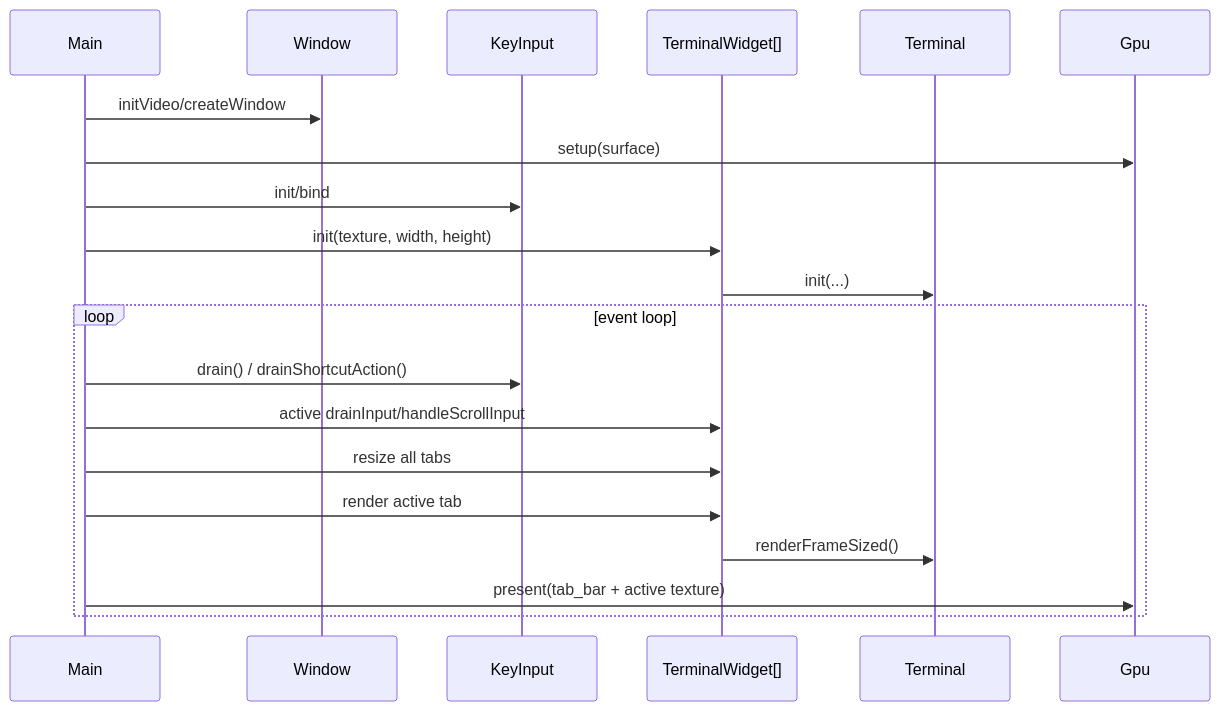
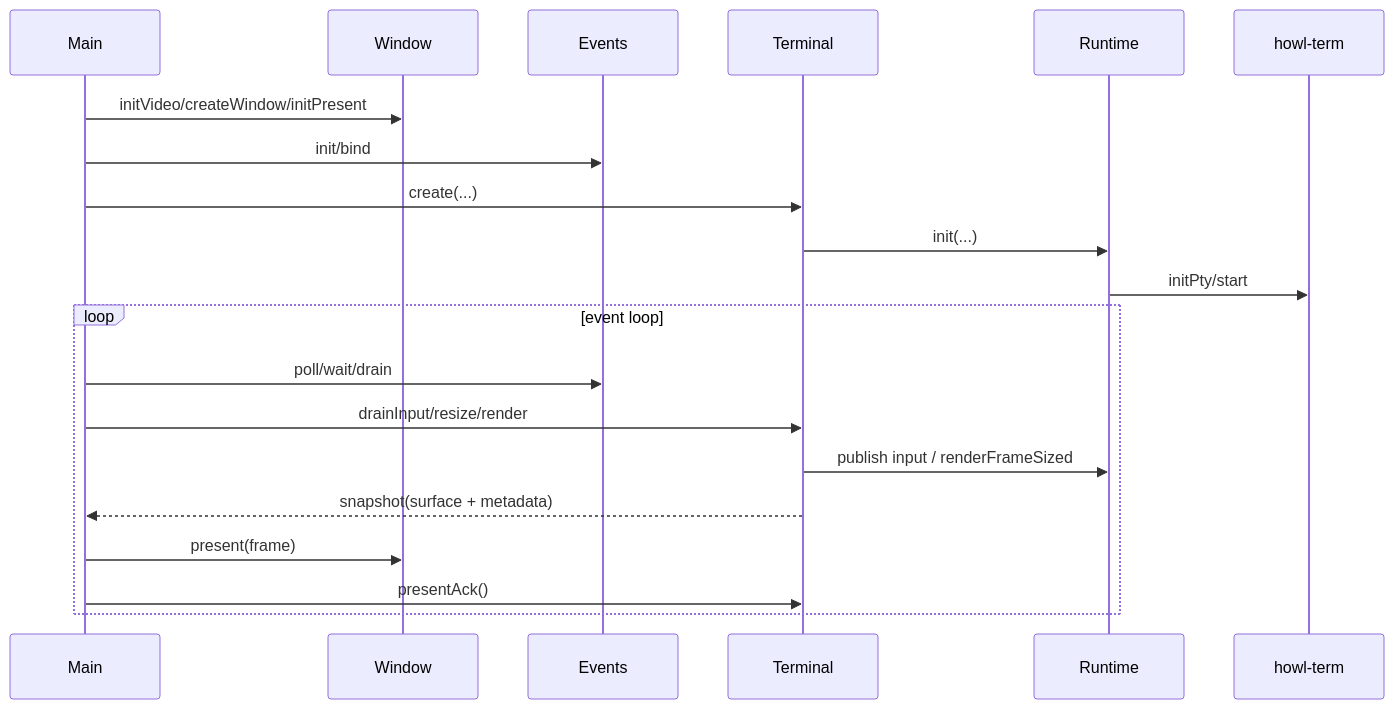
One commit to LaurenceGuws/howl-linux-host changed the third of 3 diagrams in design.md. Above: the diagram before and after it, drawn with Mermaid. The commit also changed other lines of this file and 22 other files, not shown here.

````diff
--- a/design.md
+++ b/design.md
@@ -56,23 +61,23 @@
 ```mermaid
 sequenceDiagram
     participant Main
     participant W as Window
-    participant K as KeyInput
-    participant T as TerminalWidget[]
-    participant H as Terminal
-    participant G as Gpu
+    participant E as Events
+    participant T as Terminal
+    participant R as Runtime
+    participant C as howl-term
 
-    Main->>W: initVideo/createWindow
-    Main->>G: setup(surface)
-    Main->>K: init/bind
-    Main->>T: init(texture, width, height)
-    T->>H: init(...)
+    Main->>W: initVideo/createWindow/initPresent
+    Main->>E: init/bind
+    Main->>T: create(...)
+    T->>R: init(...)
+    R->>C: initPty/start
     loop event loop
-        Main->>K: drain() / drainShortcutAction()
-        Main->>T: active drainInput/handleScrollInput
-        Main->>T: resize all tabs
-        Main->>T: render active tab
-        T->>H: renderFrameSized()
-        Main->>G: present(tab_bar + active texture)
+        Main->>E: poll/wait/drain
+        Main->>T: drainInput/resize/render
+        T->>R: publish input / renderFrameSized
+        T-->>Main: snapshot(surface + metadata)
+        Main->>W: present(frame)
+        Main->>T: presentAck()
     end
 ```
````
